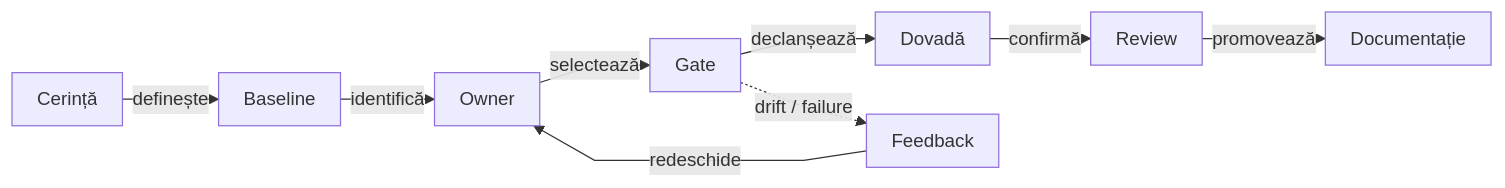
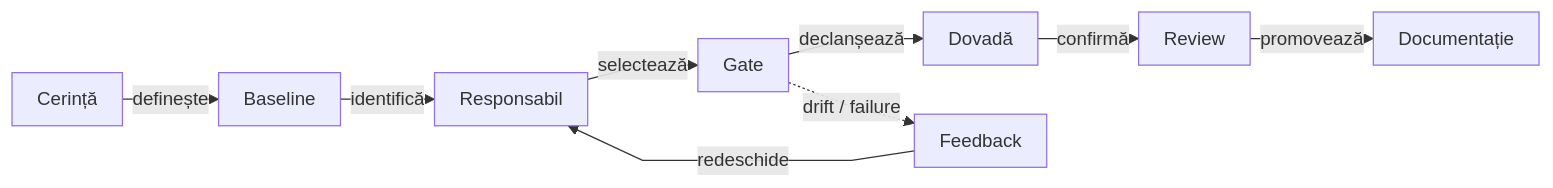
The seventh of 7 diagrams in README.md (crististefanita/atf_j0), drawn with Mermaid before and after one commit. The commit also changed other lines of this file and 113 other files, not shown here.

````diff
--- a/README.md
+++ b/README.md
@@ -339,21 +333,21 @@
 ```mermaid
 %%{init: {"themeVariables":{"fontSize":"15px"},"themeCSS":".nodeLabel, .nodeLabel p { font-size: 15px !important; line-height: 1.35 !important; } .edgeLabel, .edgeLabel p { font-size: 12px !important; font-weight: 400 !important; line-height: 1.2 !important; } .edgeLabel .labelBkg, .edgeLabel p { background: transparent !important; } .edgeLabel foreignObject { transform: translateY(-28px); overflow: visible; } .node rect { rx: 6px; ry: 6px; }","flowchart":{"curve":"linear","nodeSpacing":24,"rankSpacing":16,"padding":10,"diagramPadding":24}}}%%
 flowchart LR
     Request["Cerință"]
     Baseline["Baseline"]
-    Owner["Owner"]
+    Owner["Responsabil"]
     Gate["Gate"]
     Evidence["Dovadă"]
     Review["Review"]
     Sync["Documentație"]
     Feedback["Feedback"]
 
     Request -->|definește| Baseline
     Baseline -->|identifică| Owner
     Owner -->|selectează| Gate
     Gate -->|declanșează| Evidence
     Evidence -->|confirmă| Review
     Review -->|promovează| Sync
     Gate -. drift / failure .-> Feedback
     Feedback -->|redeschide| Owner
 ```
````
